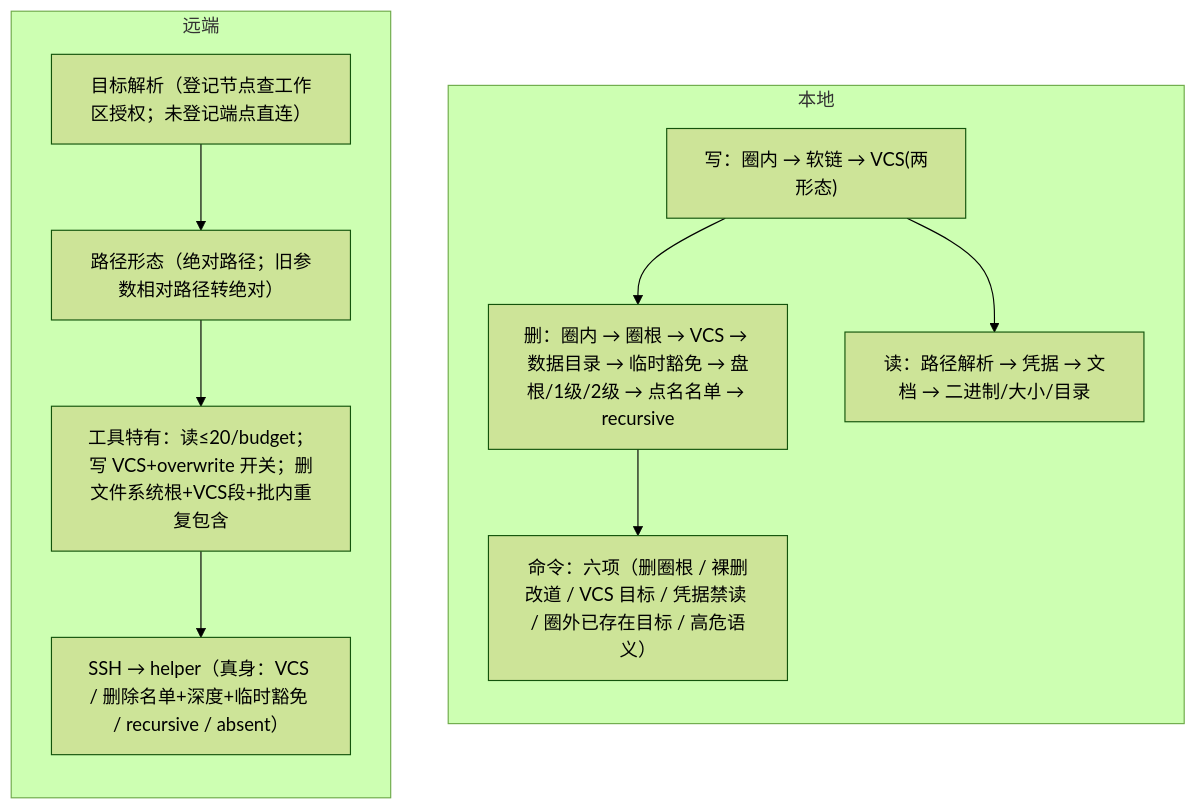
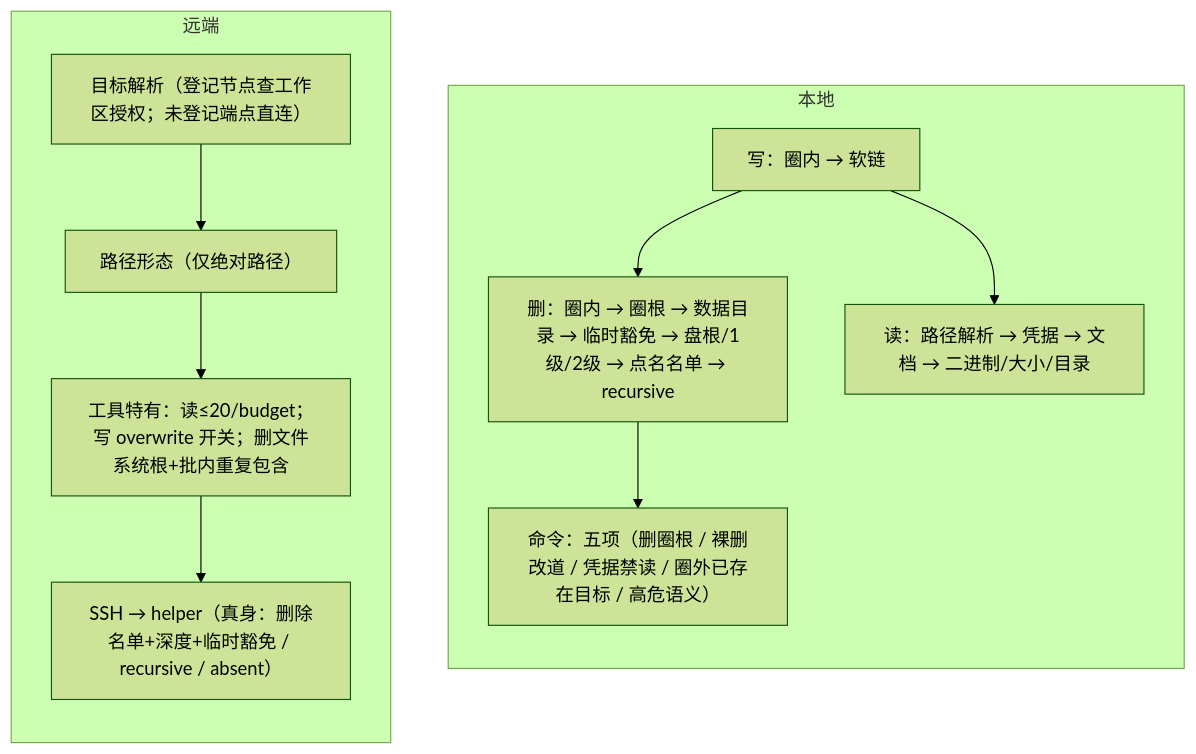
One commit to Bronya0/ally-agent changed the diagram in docs/safety-fence.md. Above: the diagram before and after it, drawn with Mermaid (forest theme). The commit also changed other lines of this file and 123 other files, not shown here.

````diff
--- a/docs/safety-fence.md
+++ b/docs/safety-fence.md
@@ -23,15 +23,15 @@
 ```mermaid
 flowchart TB
   subgraph L["本地"]
     direction TB
-    L1["写：圈内 → 软链 → VCS(两形态)"]:::core --> L2["删：圈内 → 圈根 → VCS → 数据目录 → 临时豁免 → 盘根/1级/2级 → 点名名单 → recursive"]:::ev
-    L2 --> L3["命令：六项（删圈根 / 裸删改道 / VCS 目标 / 凭据禁读 / 圈外已存在目标 / 高危语义）"]:::exec
+    L1["写：圈内 → 软链"]:::core --> L2["删：圈内 → 圈根 → 数据目录 → 临时豁免 → 盘根/1级/2级 → 点名名单 → recursive"]:::ev
+    L2 --> L3["命令：五项（删圈根 / 裸删改道 / 凭据禁读 / 圈外已存在目标 / 高危语义）"]:::exec
     L1 --> L4["读：路径解析 → 凭据 → 文档 → 二进制/大小/目录"]:::prov
   end
   subgraph R["远端"]
     direction TB
-    R1["目标解析（登记节点查工作区授权；未登记端点直连）"]:::llm --> R2["路径形态（绝对路径；旧参数相对路径转绝对）"]:::core
-    R2 --> R3["工具特有：读≤20/budget；写 VCS+overwrite 开关；删文件系统根+VCS段+批内重复包含"]:::ev
-    R3 --> R4["SSH → helper（真身：VCS / 删除名单+深度+临时豁免 / recursive / absent）"]:::risk
+    R1["目标解析（登记节点查工作区授权；未登记端点直连）"]:::llm --> R2["路径形态（仅绝对路径）"]:::core
+    R2 --> R3["工具特有：读≤20/budget；写 overwrite 开关；删文件系统根+批内重复包含"]:::ev
+    R3 --> R4["SSH → helper（真身：删除名单+深度+临时豁免 / recursive / absent）"]:::risk
   end
 ```
````
